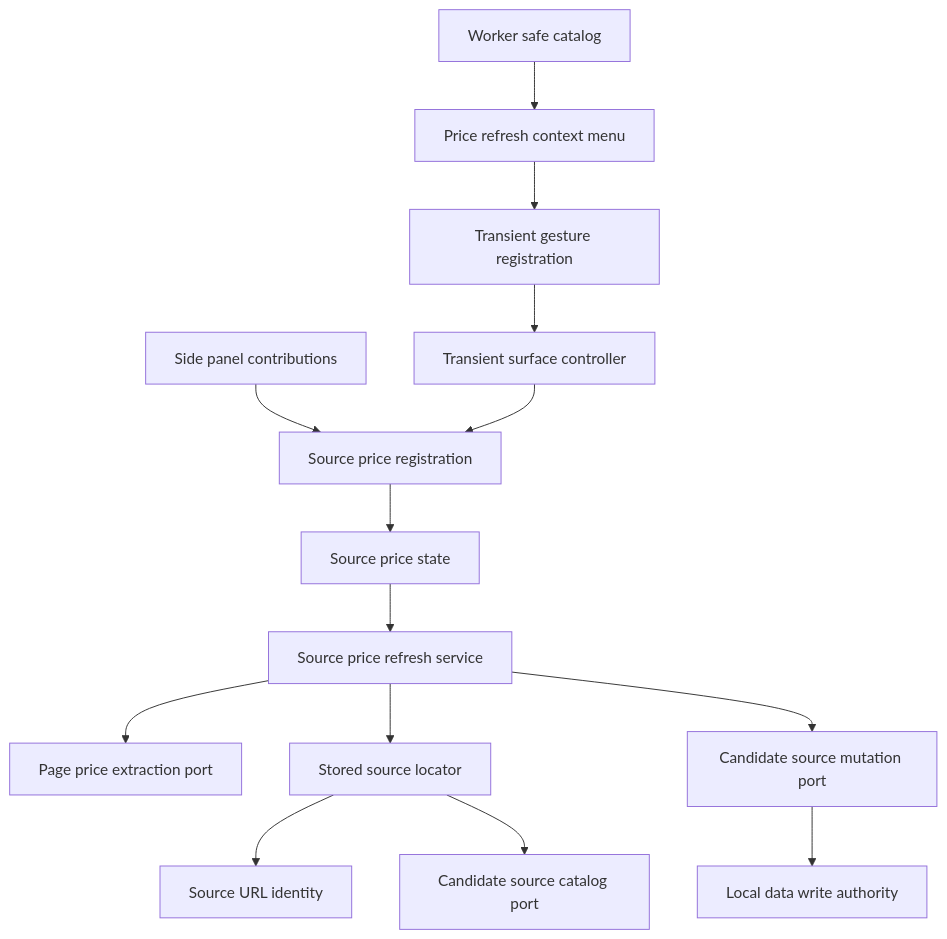
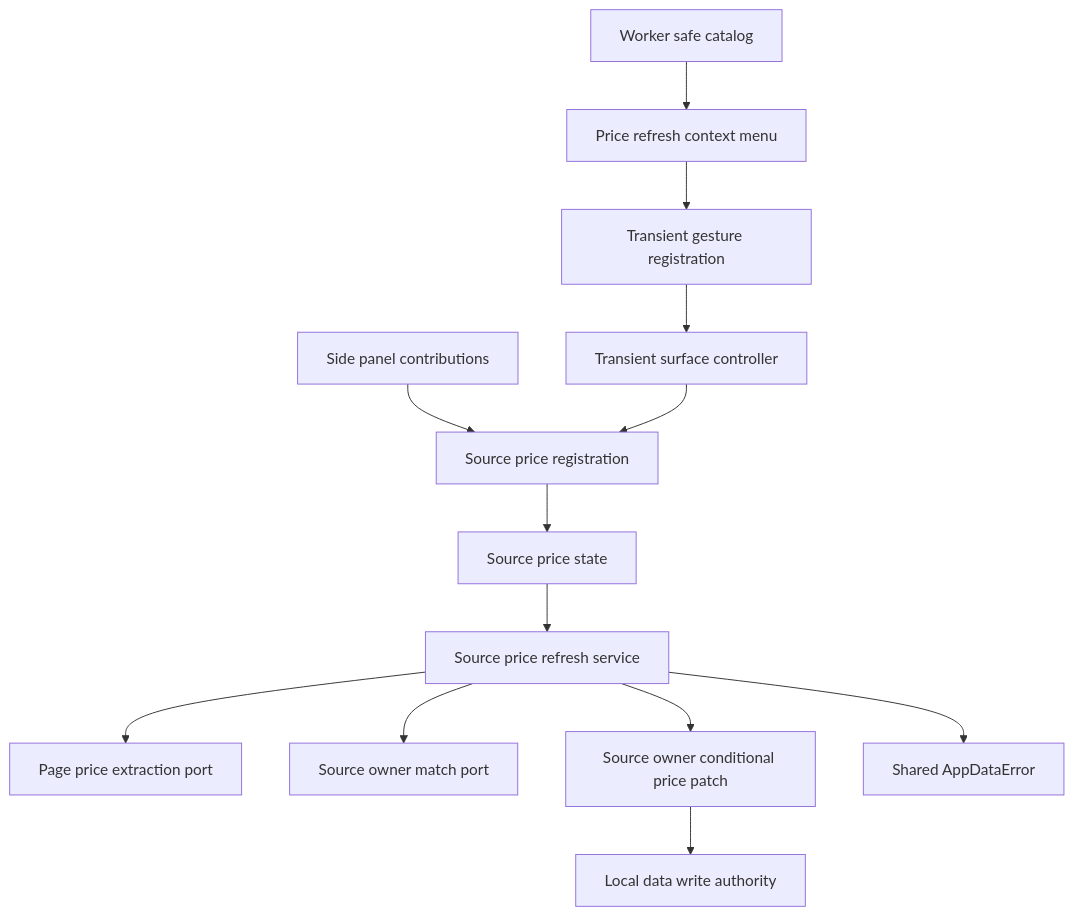
The first of 3 diagrams in .kiro/specs/source-price-refresh/design.md (Huruikagi/pc-build-planner), drawn with Mermaid before and after one commit. The commit also changed other lines of this file and 85 other files, not shown here.

````diff
--- a/.kiro/specs/source-price-refresh/design.md
+++ b/.kiro/specs/source-price-refresh/design.md
@@ -102,16 +113,15 @@
 ```mermaid
 graph TB
     Menu[Price refresh context menu] --> Gesture[Transient gesture registration]
     WorkerCatalog[Worker safe catalog] --> Menu
     Gesture --> Surface[Transient surface controller]
     SidePanel[Side panel contributions] --> Registration[Source price registration]
     Surface --> Registration[Source price registration]
     Registration --> State[Source price state]
     State --> Service[Source price refresh service]
     Service --> Extract[Page price extraction port]
-    Service --> Locator[Stored source locator]
-    Locator --> Identity[Source URL identity]
-    Locator --> Catalog[Candidate source catalog port]
-    Service --> Mutation[Candidate source mutation port]
-    Mutation --> Storage[Local data write authority]
+    Service --> Match[Source owner match port]
+    Service --> Patch[Source owner conditional price patch]
+    Service --> Error[Shared AppDataError]
+    Patch --> Storage[Local data write authority]
 ```
````
